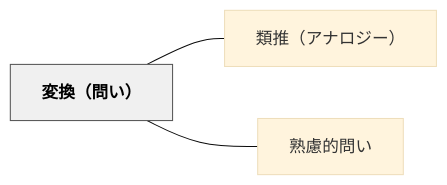
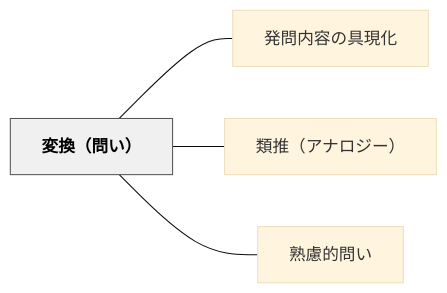
Before and after one commit to unknownthings-ed-patterns/unknownthings-ed-patterns: the diagram in content/パタン/変換（問い）.md, drawn with Mermaid (base theme). The commit also changed other lines of this file and 28 other files, not shown here.

````diff
--- a/content/パタン/変換（問い）.md
+++ b/content/パタン/変換（問い）.md
@@ -45,12 +46,14 @@
 ```mermaid
 flowchart LR
     ne5a489e68f9befbc88e5958fe38184efbc89["変換（問い）"]
+    ne799bae5958fe58685e5aeb9e381aee585b7e78fbee58c96["発問内容の具現化"]
     ne9a19ee68ea8efbc88e382a2e3838ae383ade382b8e383bcefbc89["類推（アナロジー）"]
     ne7869fe685aee79a84e5958fe38184["熟慮的問い"]
 
+    ne5a489e68f9befbc88e5958fe38184efbc89 --- ne799bae5958fe58685e5aeb9e381aee585b7e78fbee58c96
     ne5a489e68f9befbc88e5958fe38184efbc89 --- ne9a19ee68ea8efbc88e382a2e3838ae383ade382b8e383bcefbc89
     ne5a489e68f9befbc88e5958fe38184efbc89 --- ne7869fe685aee79a84e5958fe38184
 
     classDef hub fill:#f0f0f0,stroke:#555,color:#000,font-weight:bold
     class ne5a489e68f9befbc88e5958fe38184efbc89 hub
 ```
````
